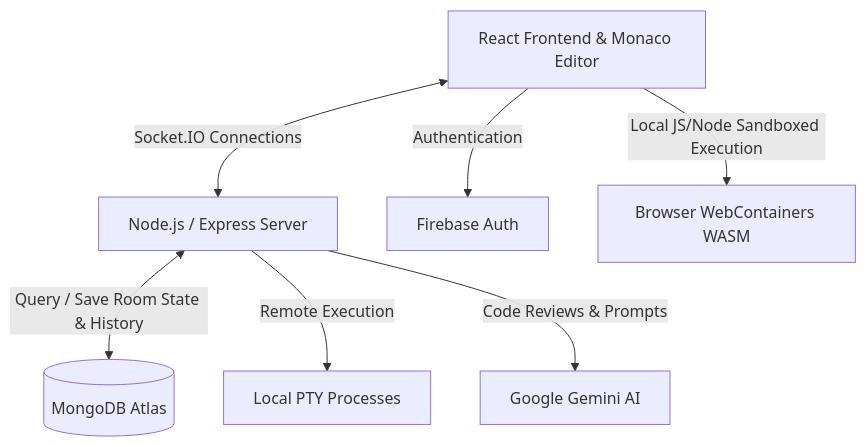
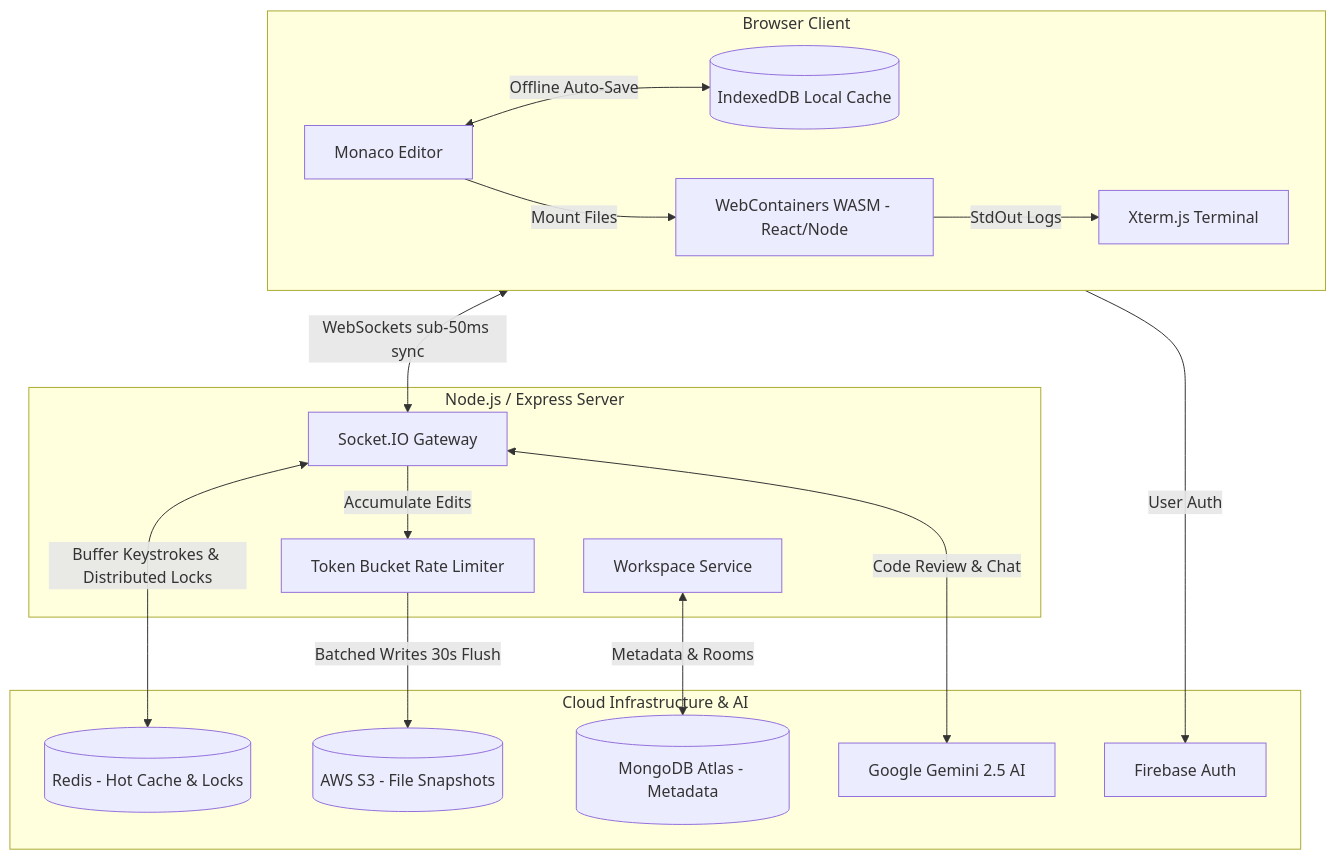
The diagram in README.md (Manudeep06/CodeFusionAi), drawn with Mermaid before and after one commit. The commit also changed other lines of this file, not shown here.

Commit message:
docs: update README with real-time MERN WebContainers, Redis Token Bucket, and S3 architecture

````diff
--- a/README.md
+++ b/README.md
@@ -50,9 +58,34 @@
 ```mermaid
 graph TD
-    Client[React Frontend & Monaco Editor] <-->|Socket.IO Connections| Server[Node.js / Express Server]
-    Client -->|Authentication| Firebase[Firebase Auth]
-    Client -->|Local JS/Node Sandboxed Execution| WebContainers[Browser WebContainers WASM]
-    Server <-->|Query / Save Room State & History| DB[(MongoDB Atlas)]
-    Server -->|Remote Execution| ExecutionEngine[Local PTY Processes]
-    Server -->|Code Reviews & Prompts| Gemini[Google Gemini AI]
+    subgraph Client [Browser Client]
+        Monaco[Monaco Editor]
+        Xterm[Xterm.js Terminal]
+        WASM[WebContainers WASM - React/Node]
+        IDB[(IndexedDB Local Cache)]
+        Monaco <-->|Offline Auto-Save| IDB
+        Monaco -->|Mount Files| WASM
+        WASM -->|StdOut Logs| Xterm
+    end
+
+    subgraph Backend [Node.js / Express Server]
+        SocketServer[Socket.IO Gateway]
+        WorkspaceService[Workspace Service]
+        TokenBucket[Token Bucket Rate Limiter]
+    end
+
+    subgraph CloudServices [Cloud Infrastructure & AI]
+        RedisCache[(Redis - Hot Cache & Locks)]
+        S3Storage[(AWS S3 - File Snapshots)]
+        MongoDB[(MongoDB Atlas - Metadata)]
+        Gemini[Google Gemini 2.5 AI]
+        FirebaseAuth[Firebase Auth]
+    end
+
+    Client <-->|WebSockets sub-50ms sync| SocketServer
+    Client -->|User Auth| FirebaseAuth
+    SocketServer <-->|Buffer Keystrokes & Distributed Locks| RedisCache
+    SocketServer -->|Accumulate Edits| TokenBucket
+    TokenBucket -->|Batched Writes 30s Flush| S3Storage
+    WorkspaceService <-->|Metadata & Rooms| MongoDB
+    SocketServer <-->|Code Review & Chat| Gemini
 ```
````
